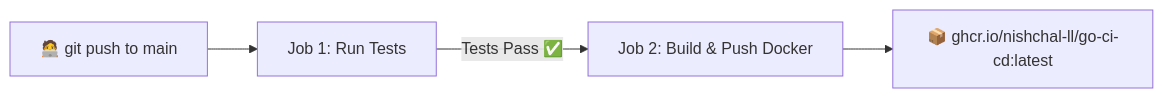
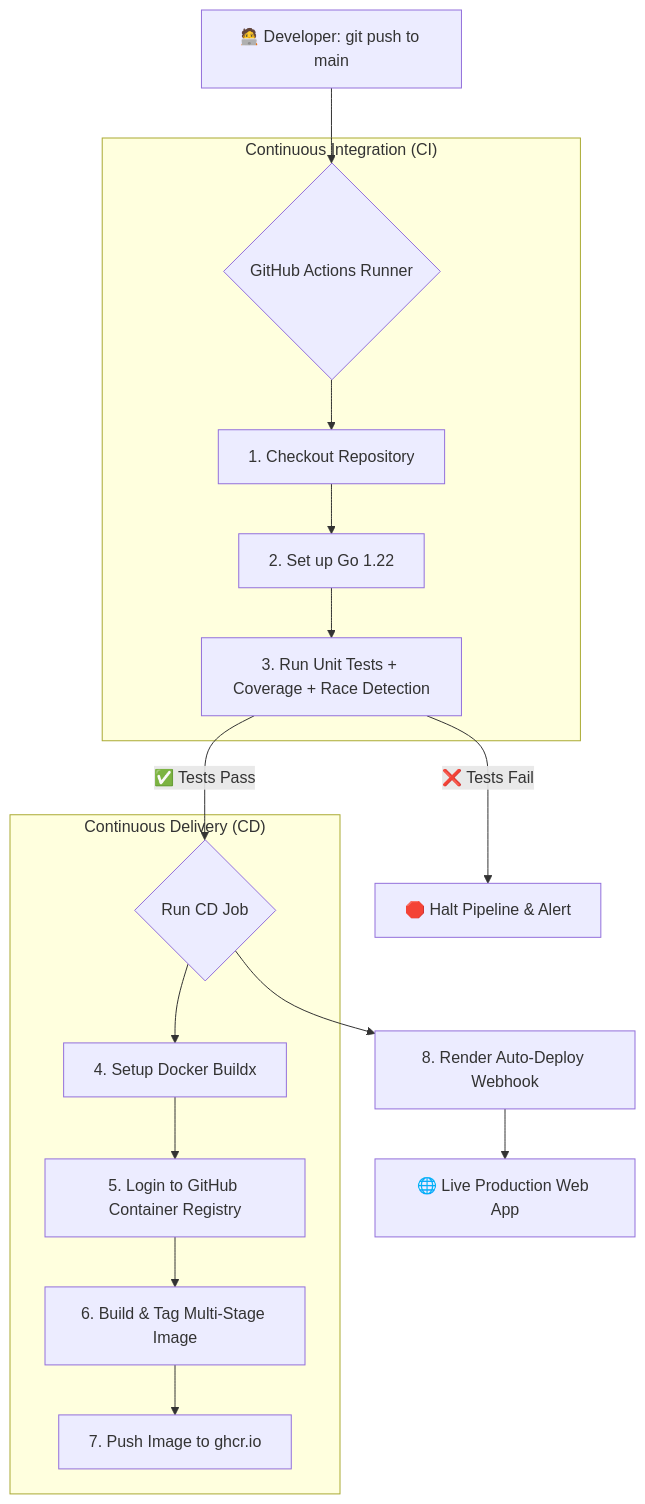
The diagram in README.md (Nishchal-ll/Go-CI-CD), drawn with Mermaid before and after one commit. The commit also changed other lines of this file, not shown here.

Commit message:
docs: update README with detailed CI/CD architecture, API reference, and deployment guide

````diff
--- a/README.md
+++ b/README.md
@@ -63,6 +50,23 @@
 ```mermaid
-flowchart LR
-    A[🧑‍💻 git push to main] --> B[Job 1: Run Tests]
-    B -->|Tests Pass ✅| C[Job 2: Build & Push Docker]
-    C --> D[📦 ghcr.io/nishchal-ll/go-ci-cd:latest]
+flowchart TD
+    A[🧑‍💻 Developer: git push to main] --> B{GitHub Actions Runner}
+    
+    subgraph CI["Continuous Integration (CI)"]
+        B --> C[1. Checkout Repository]
+        C --> D[2. Set up Go 1.22]
+        D --> E[3. Run Unit Tests + Coverage + Race Detection]
+    end
+
+    E -->|✅ Tests Pass| F{Run CD Job}
+    E -->|❌ Tests Fail| G[🛑 Halt Pipeline & Alert]
+
+    subgraph CD["Continuous Delivery (CD)"]
+        F --> H[4. Setup Docker Buildx]
+        H --> I[5. Login to GitHub Container Registry]
+        I --> J[6. Build & Tag Multi-Stage Image]
+        J --> K[7. Push Image to ghcr.io]
+    end
+
+    F --> L[8. Render Auto-Deploy Webhook]
+    L --> M[🌐 Live Production Web App]
 ```
````
